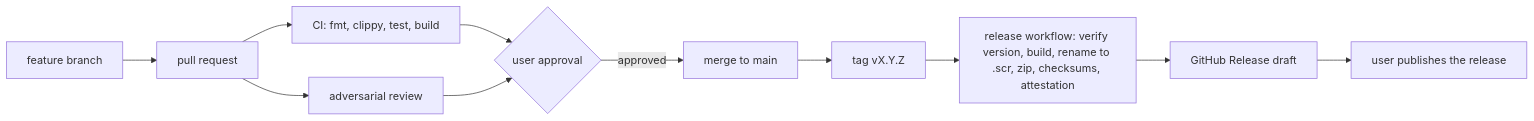
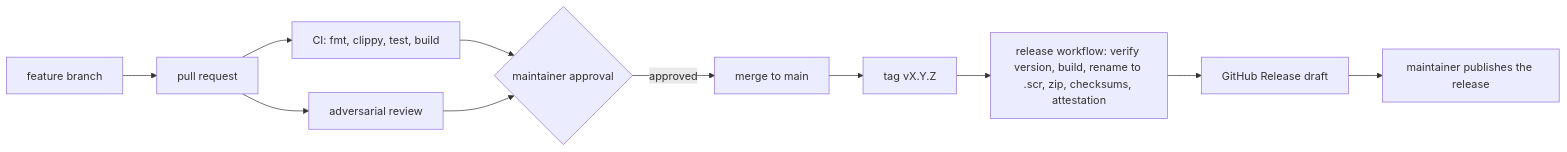
Before and after one commit to suchi/flying-microwave: the second of 2 diagrams in docs/plans/0001-initial-implementation-plan.md, drawn with Mermaid. The commit also changed other lines of this file, not shown here.

````diff
--- a/docs/plans/0001-initial-implementation-plan.md
+++ b/docs/plans/0001-initial-implementation-plan.md
@@ -312,13 +325,13 @@
 ```mermaid
 flowchart LR
     branch["feature branch"] --> pr["pull request"]
     pr --> ci["CI: fmt, clippy, test, build"]
     pr --> review["adversarial review"]
-    ci --> approval{"user approval"}
+    ci --> approval{"maintainer approval"}
     review --> approval
     approval -->|"approved"| merge["merge to main"]
     merge --> tag["tag vX.Y.Z"]
     tag --> build["release workflow: verify version, build, rename to .scr, zip, checksums, attestation"]
     build --> draft["GitHub Release draft"]
-    draft --> publish["user publishes the release"]
+    draft --> publish["maintainer publishes the release"]
 ```
````
